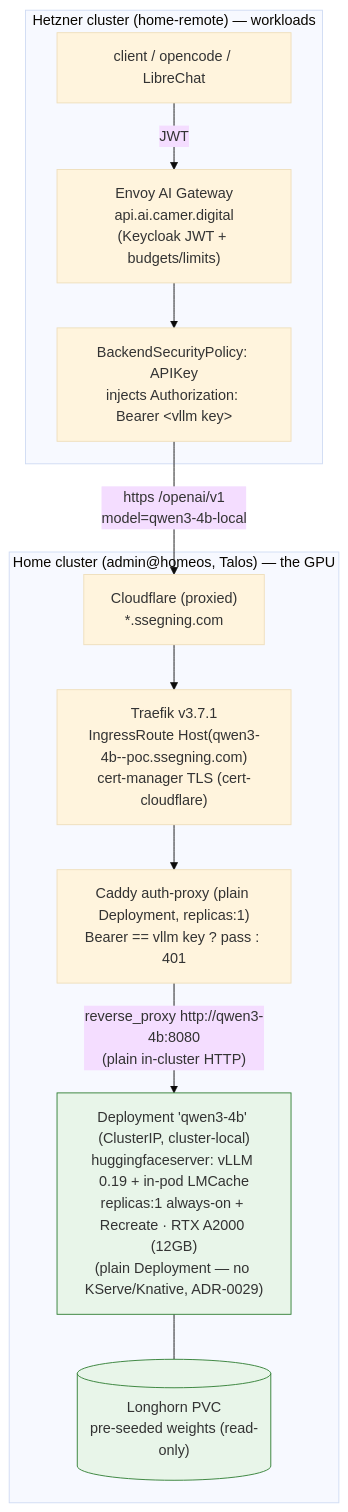
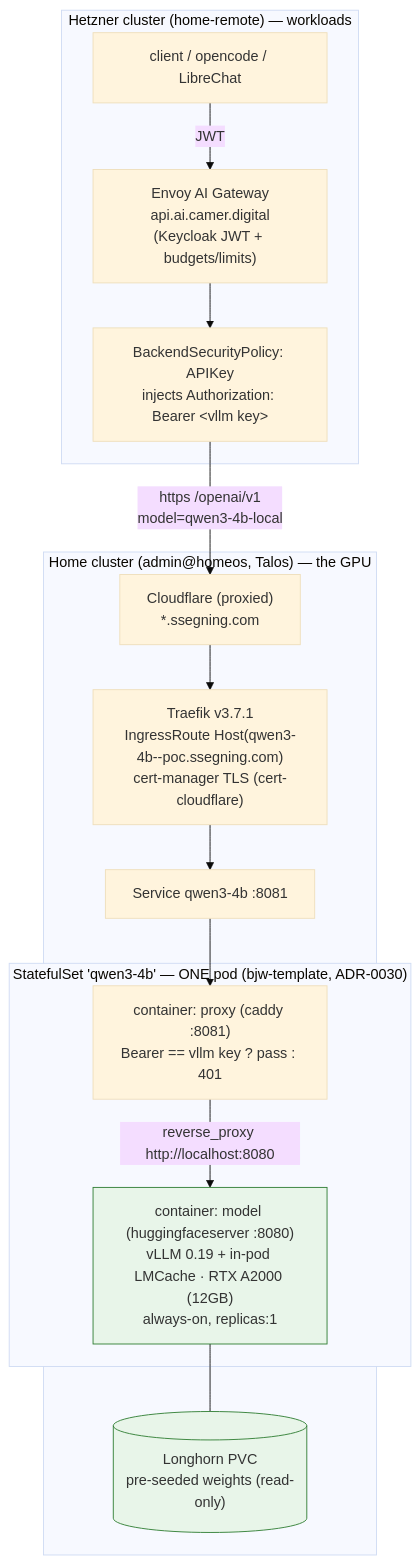
Before and after one commit to ADORSYS-GIS/ai-helm: the diagram in docs/self-hosted-model-serving.md, drawn with Mermaid (base theme). The commit also changed other lines of this file and 12 other files, not shown here.

First line of the commit message:
refactor(model-serving): render via bjw-template + merge model & proxy into one StatefulSet (ADR-0030)

````diff
--- a/docs/self-hosted-model-serving.md
+++ b/docs/self-hosted-model-serving.md
@@ -465,25 +469,28 @@
 ```mermaid
 flowchart TB
   subgraph hetzner["Hetzner cluster (home-remote) — workloads"]
     client["client / opencode / LibreChat"]
     eg["Envoy AI Gateway<br/>api.ai.camer.digital<br/>(Keycloak JWT + budgets/limits)"]
     bsp["BackendSecurityPolicy: APIKey<br/>injects Authorization: Bearer &lt;vllm key&gt;"]
     client -->|"JWT"| eg --> bsp
   end
 
   cf["Cloudflare (proxied)<br/>*.ssegning.com"]
   bsp -->|"https /openai/v1<br/>model=qwen3-4b-local"| cf
 
   subgraph home["Home cluster (admin@homeos, Talos) — the GPU"]
     tr["Traefik v3.7.1<br/>IngressRoute Host(qwen3-4b--poc.ssegning.com)<br/>cert-manager TLS (cert-cloudflare)"]
-    proxy["Caddy auth-proxy (plain Deployment, replicas:1)<br/>Bearer == vllm key ? pass : 401"]
-    model["Deployment 'qwen3-4b' (ClusterIP, cluster-local)<br/>huggingfaceserver: vLLM 0.19 + in-pod LMCache<br/>replicas:1 always-on + Recreate · RTX A2000 (12GB)<br/>(plain Deployment — no KServe/Knative, ADR-0029)"]
+    svc["Service qwen3-4b :8081"]
+    subgraph sts["StatefulSet 'qwen3-4b' — ONE pod (bjw-template, ADR-0030)"]
+      proxy["container: proxy (caddy :8081)<br/>Bearer == vllm key ? pass : 401"]
+      model["container: model (huggingfaceserver :8080)<br/>vLLM 0.19 + in-pod LMCache · RTX A2000 (12GB)<br/>always-on, replicas:1"]
+      proxy -->|"reverse_proxy http://localhost:8080"| model
+    end
     pvc[("Longhorn PVC<br/>pre-seeded weights (read-only)")]
-    cf --> tr --> proxy
-    proxy -->|"reverse_proxy http://qwen3-4b:8080<br/>(plain in-cluster HTTP)"| model
+    cf --> tr --> svc --> proxy
     model --- pvc
   end
 
   classDef gpu fill:#e8f5e9,stroke:#2e7d32;
   class model,pvc gpu;
 ```
````
